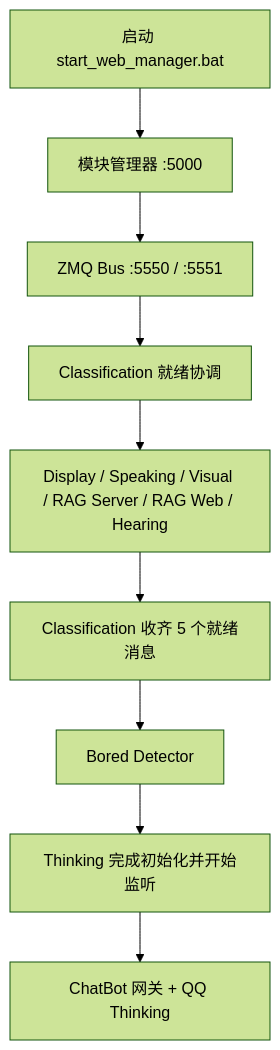
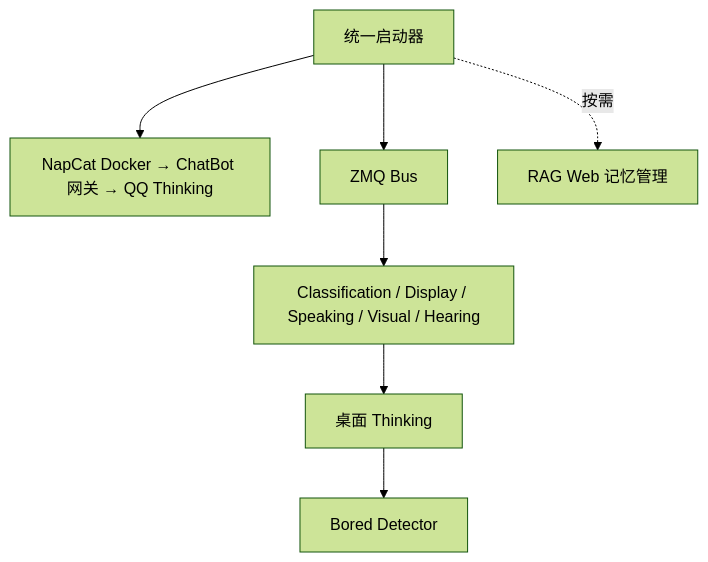
The diagram in START_HERE.md (yororoA/Bines), drawn with Mermaid (forest theme) before and after one commit. The commit also changed other lines of this file and 36 other files, not shown here.

First line of the commit message:
feat: 完善 NapCat API 暴露与统一启动管理

````diff
--- a/START_HERE.md
+++ b/START_HERE.md
@@ -54,11 +72,9 @@
 ```mermaid
 flowchart TD
-    A[启动 start_web_manager.bat] --> B[模块管理器 :5000]
-    B --> C[ZMQ Bus :5550 / :5551]
-    C --> D[Classification 就绪协调]
-    D --> E[Display / Speaking / Visual / RAG Server / RAG Web / Hearing]
-    E --> F[Classification 收齐 5 个就绪消息]
-    F --> G[Bored Detector]
-    G --> H[Thinking 完成初始化并开始监听]
-    H --> I[ChatBot 网关 + QQ Thinking]
+    A[统一启动器] --> Q[NapCat Docker → ChatBot 网关 → QQ Thinking]
+    A --> C[ZMQ Bus]
+    C --> D[Classification / Display / Speaking / Visual / Hearing]
+    D --> T[桌面 Thinking]
+    T --> B[Bored Detector]
+    A -.按需.-> R[RAG Web 记忆管理]
 ```
````
